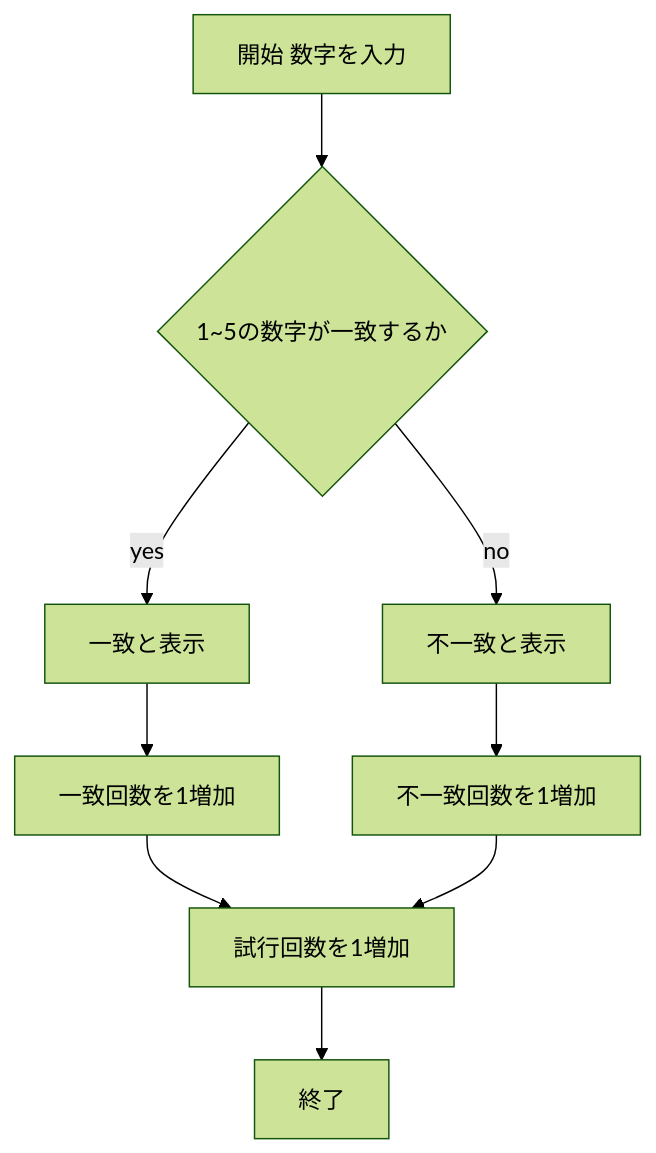
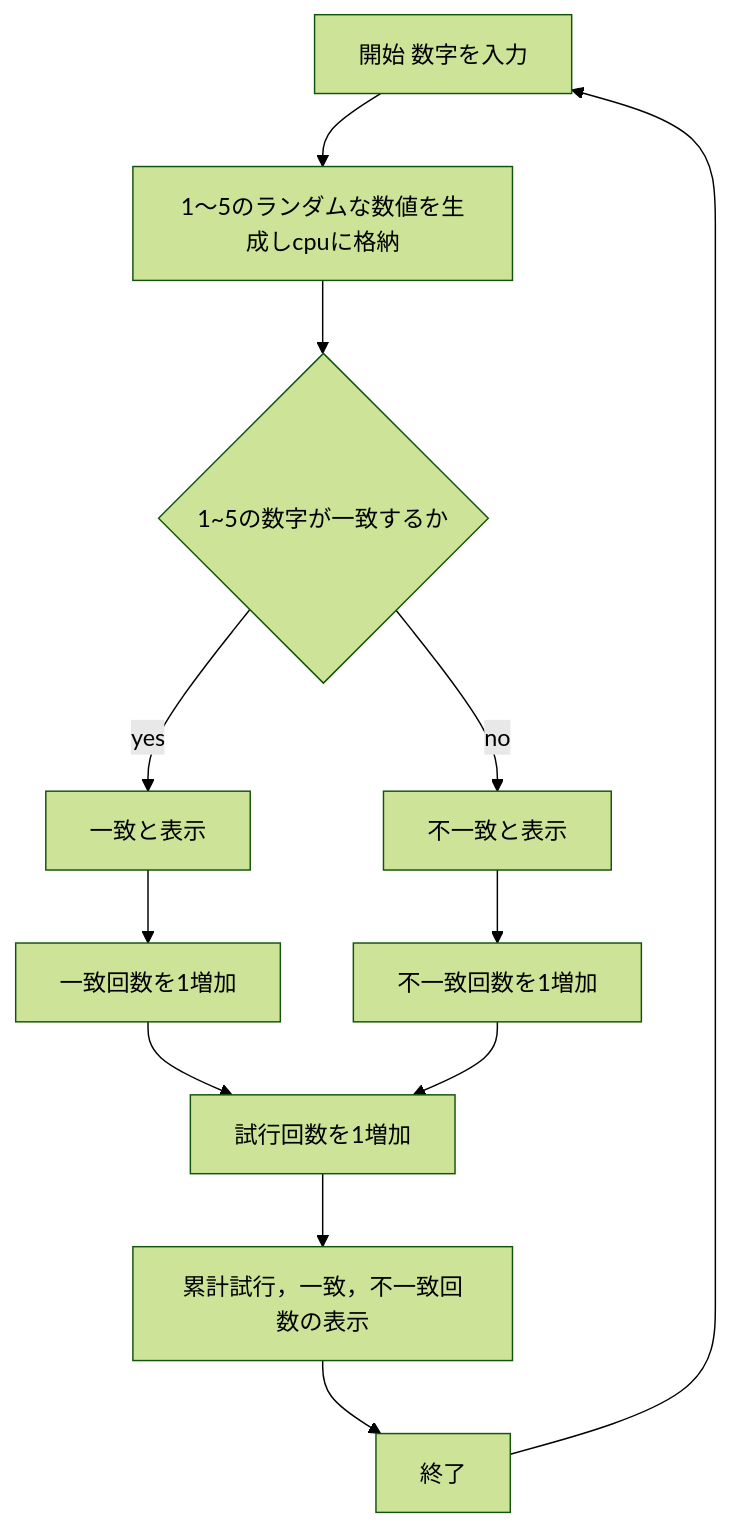
The first of 3 diagrams in README.md (YukiYamaguchi-328/webpro_06), drawn with Mermaid (forest theme) before and after one commit. The commit also changed other lines of this file, not shown here.

````diff
--- a/README.md
+++ b/README.md
@@ -64,21 +66,26 @@
 ```mermaid
 flowchart TD;
 
 start["開始 数字を入力"];
 end1["終了"]
 if{"1~5の数字が一致するか"}
 itti["一致と表示"]
 itti+["一致回数を1増加"]
 huitti["不一致と表示"]
 huitti+["不一致回数を1増加"]
 total["試行回数を1増加"]
+cpu["1〜5のランダムな数値を生成しcpuに格納"]
+kekka["累計試行，一致，不一致回数の表示"]
 
-start --> if
+start --> cpu
+cpu --> if
 if -->|yes| itti
 itti --> itti+
 if -->|no| huitti
 huitti --> huitti+
 itti+ --> total
 huitti+ --> total
-total --> end1
+total --> kekka
+kekka --> end1
+end1-->start
 ```
````
